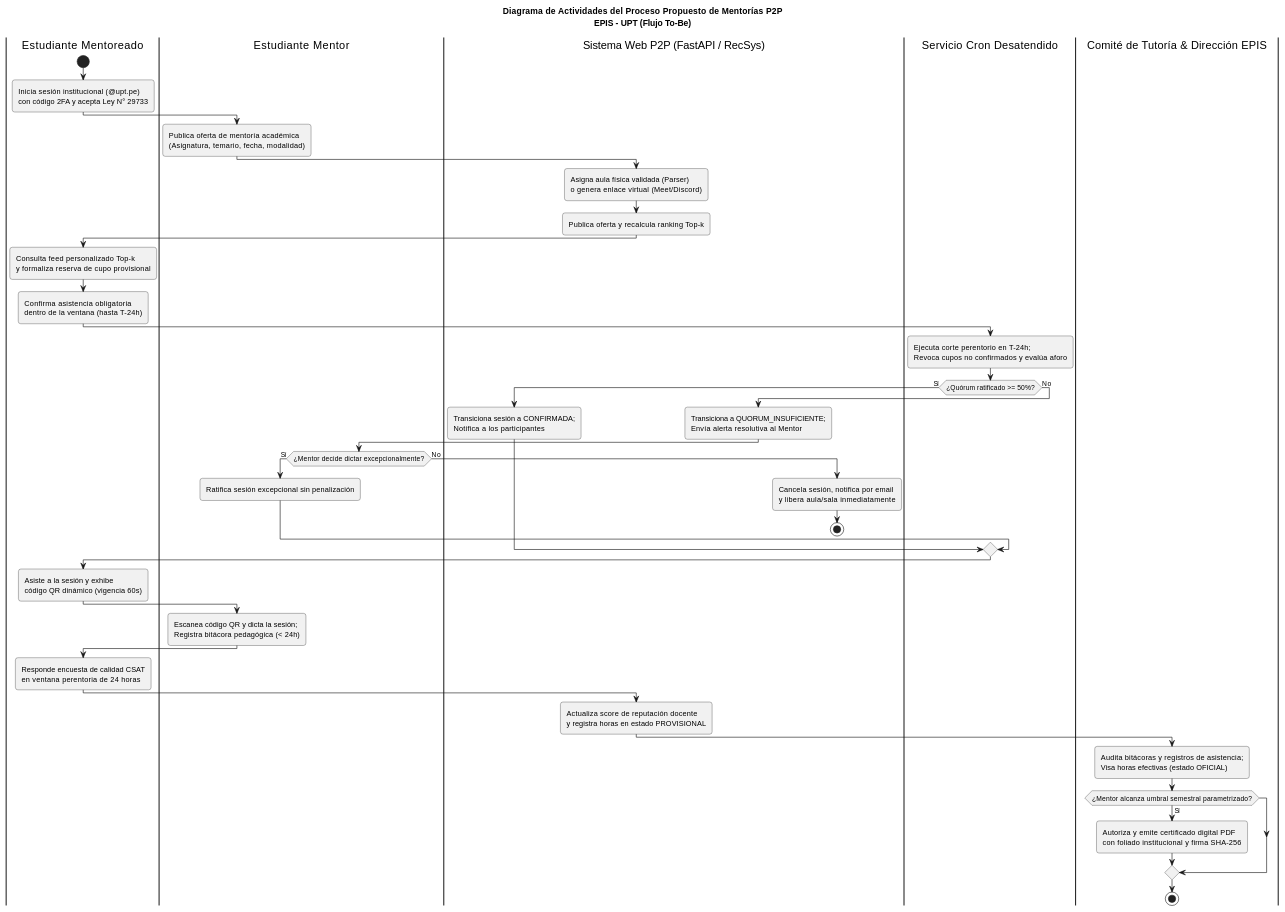
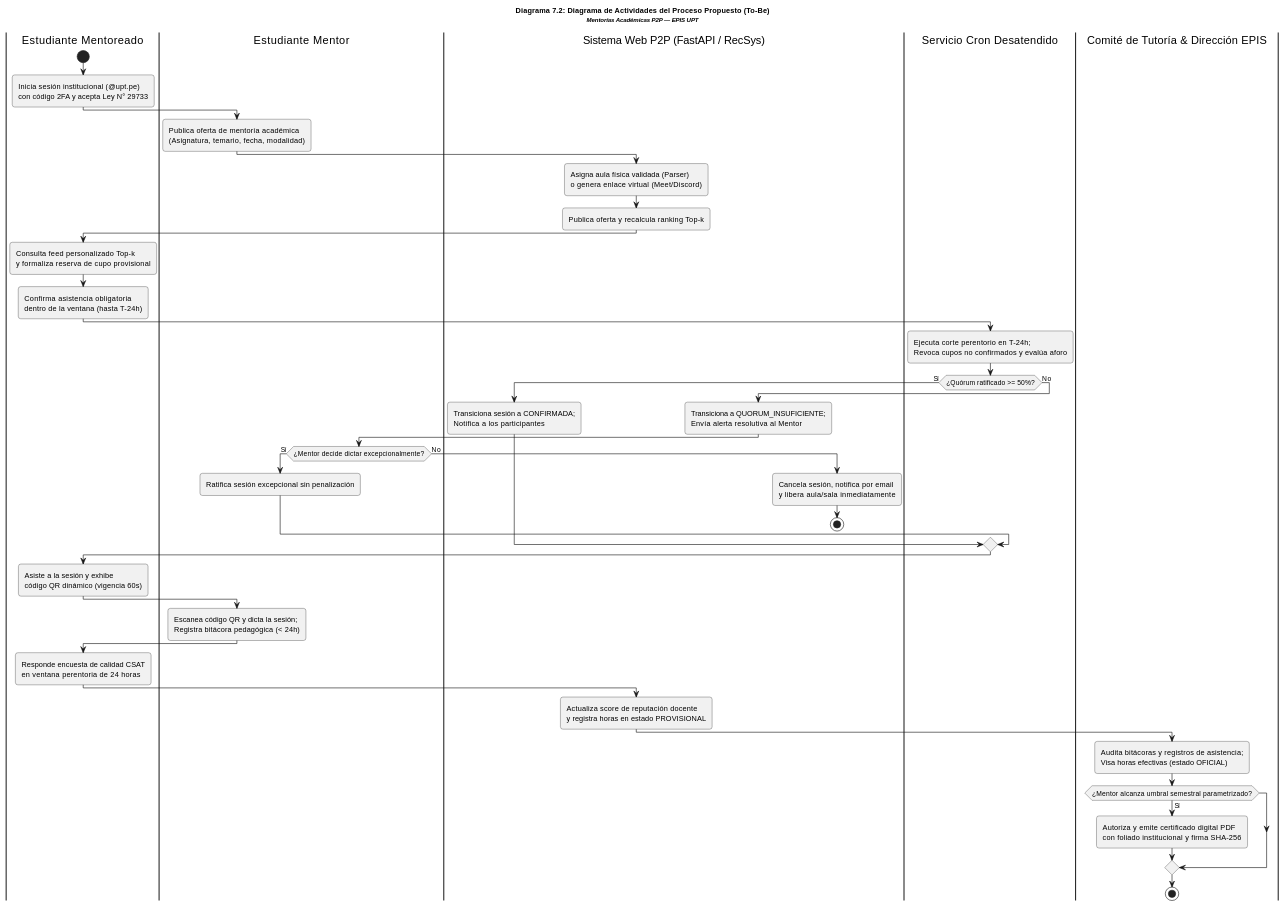
Before and after one commit to JMedina255/sistema_web_p2p: the ninth of 12 diagrams in docs/FD04-EPIS-Informe SAD de Proyecto.md, drawn with PlantUML. The commit also changed other lines of this file and 1 other file, not shown here.

Commit message:
docs: validar y elevar nivel tecnico del SAD (FD04) y boveda general con titulos formales, optimizacion de layout C4 y depuracion de texto

````diff
--- a/docs/FD04-EPIS-Informe SAD de Proyecto.md
+++ b/docs/FD04-EPIS-Informe SAD de Proyecto.md
@@ -1032,63 +1022,63 @@
 ```plantuml
 @startuml
-title Diagrama de Actividades del Proceso Propuesto de Mentorías P2P\nEPIS - UPT (Flujo To-Be)
+title <size:12><b>Diagrama 7.2: Diagrama de Actividades del Proceso Propuesto (To-Be)</b></size>\n<size:10><i>Mentorías Académicas P2P — EPIS UPT</i></size>
 
 skinparam shadowing false
 skinparam roundcorner 8
 skinparam defaultFontName Arial
 skinparam fontSize 10
 
 |Estudiante Mentoreado|
 start
 :Inicia sesión institucional (@upt.pe)\ncon código 2FA y acepta Ley N° 29733;
 
 |Estudiante Mentor|
 :Publica oferta de mentoría académica\n(Asignatura, temario, fecha, modalidad);
 
 |Sistema Web P2P (FastAPI / RecSys)|
 :Asigna aula física validada (Parser)\no genera enlace virtual (Meet/Discord);
 :Publica oferta y recalcula ranking Top-k;
 
 |Estudiante Mentoreado|
 :Consulta feed personalizado Top-k\ny formaliza reserva de cupo provisional;
 :Confirma asistencia obligatoria\ndentro de la ventana (hasta T-24h);
 
 |Servicio Cron Desatendido|
 :Ejecuta corte perentorio en T-24h;\nRevoca cupos no confirmados y evalúa aforo;
 
 if (¿Quórum ratificado >= 50%?) then (Sí)
   |Sistema Web P2P (FastAPI / RecSys)|
   :Transiciona sesión a CONFIRMADA;\nNotifica a los participantes;
 else (No)
   |Sistema Web P2P (FastAPI / RecSys)|
   :Transiciona a QUORUM_INSUFICIENTE;\nEnvía alerta resolutiva al Mentor;
   |Estudiante Mentor|
   if (¿Mentor decide dictar excepcionalmente?) then (Sí)
     :Ratifica sesión excepcional sin penalización;
   else (No)
     |Sistema Web P2P (FastAPI / RecSys)|
     :Cancela sesión, notifica por email\ny libera aula/sala inmediatamente;
     stop
   endif
 endif
 
 |Estudiante Mentoreado|
 :Asiste a la sesión y exhibe\ncódigo QR dinámico (vigencia 60s);
 
 |Estudiante Mentor|
 :Escanea código QR y dicta la sesión;\nRegistra bitácora pedagógica (< 24h);
 
 |Estudiante Mentoreado|
 :Responde encuesta de calidad CSAT\nen ventana perentoria de 24 horas;
 
 |Sistema Web P2P (FastAPI / RecSys)|
 :Actualiza score de reputación docente\ny registra horas en estado PROVISIONAL;
 
 |Comité de Tutoría & Dirección EPIS|
 :Audita bitácoras y registros de asistencia;\nVisa horas efectivas (estado OFICIAL);
 if (¿Mentor alcanza umbral semestral parametrizado?) then (Sí)
   :Autoriza y emite certificado digital PDF\ncon foliado institucional y firma SHA-256;
 endif
 stop
 @enduml
 ```
````
